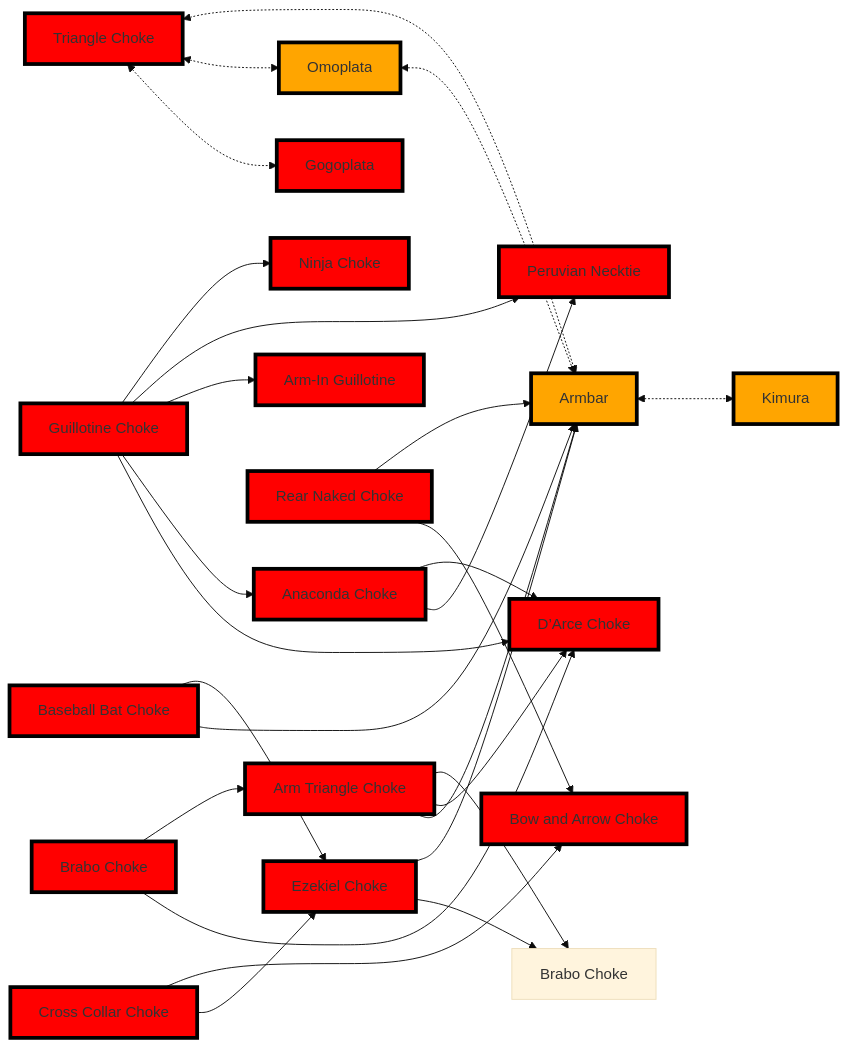
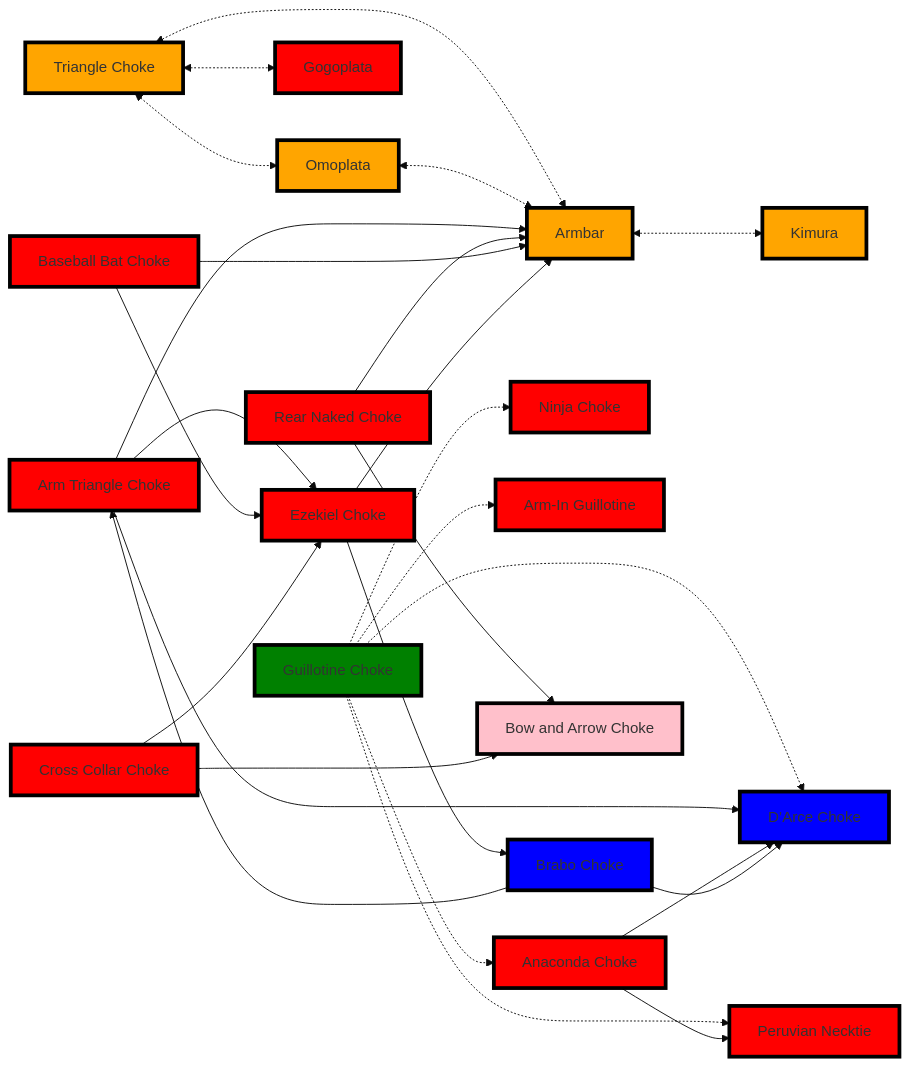
One commit to jacgit18/DevHiveMind changed the third of 3 diagrams in _BJJ/Guards Directory.md. Above: the diagram before and after it, drawn with Mermaid (base theme). The commit also changed other lines of this file, not shown here.

Commit message:
M "_BJJ/Guards Directory.md"

````diff
--- a/_BJJ/Guards Directory.md
+++ b/_BJJ/Guards Directory.md
@@ -213,65 +216,65 @@
 ```mermaid
 flowchart LR
     A[Triangle Choke] <-.->  B[Armbar]
     A <-.-> C[Omoplata]
     A <-.->  D[Gogoplata]
     B <-.-> E[Kimura]
     C <-.->  B
 
 
-    F[Guillotine Choke] --> G[Ninja Choke]
-    F --> H[Peruvian Necktie]
-    F --> I[Arm-In Guillotine]
-    F --> Q
-    F --> L
+    F[Guillotine Choke] .-> G[Ninja Choke]
+    F .-> H[Peruvian Necktie]
+    F .-> I[Arm-In Guillotine]
+    F .-> Q
+    F .-> L
 
-    J[Arm Triangle Choke] --> K[Brabo Choke]
+    J[Arm Triangle Choke] --> P
     J --> L[D’Arce Choke]
     J --> B
 
     M[Rear Naked Choke] --> B
     M --> N[Bow and Arrow Choke]
 
     O[Baseball Bat Choke] --> P[Ezekiel Choke]
     O --> B
 
     Q[Anaconda Choke] --> L
     Q --> H
 
     R[Brabo Choke] --> J
     R --> L
 
     S[Cross Collar Choke] --> N
     S --> P
 
     P --> B
-    P --> K
+    P --> R
     
-style A fill:red,stroke:black,stroke-width:4px,shadow:shadow
+style A fill:orange,stroke:black,stroke-width:4px,shadow:shadow
 
 style B fill:orange,stroke:black,stroke-width:4px,shadow:shadow
 
 style C fill:orange,stroke:black,stroke-width:4px,shadow:shadow
 
 style D fill:red,stroke:black,stroke-width:4px,shadow:shadow
 
 style E fill:orange,stroke:black,stroke-width:4px,shadow:shadow
 
-style F fill:red,stroke:black,stroke-width:4px,shadow:shadow
+style F fill:green,stroke:black,stroke-width:4px,shadow:shadow
 
 style G fill:red,stroke:black,stroke-width:4px,shadow:shadow
 style H fill:red,stroke:black,stroke-width:4px,shadow:shadow
 style I fill:red,stroke:black,stroke-width:4px,shadow:shadow
 style J fill:red,stroke:black,stroke-width:4px,shadow:shadow
 
-style L fill:red,stroke:black,stroke-width:4px,shadow:shadow
+style L fill:blue,stroke:black,stroke-width:4px,shadow:shadow
 style M fill:red,stroke:black,stroke-width:4px,shadow:shadow
-style N fill:red,stroke:black,stroke-width:4px,shadow:shadow
+style N fill:pink,stroke:black,stroke-width:4px,shadow:shadow
 
 style O fill:red,stroke:black,stroke-width:4px,shadow:shadow
 style P fill:red,stroke:black,stroke-width:4px,shadow:shadow
 
 style Q fill:red,stroke:black,stroke-width:4px,shadow:shadow
-style R fill:red,stroke:black,stroke-width:4px,shadow:shadow
+style R fill:blue,stroke:black,stroke-width:4px,shadow:shadow
 style S fill:red,stroke:black,stroke-width:4px,shadow:shadow
 ```
````
